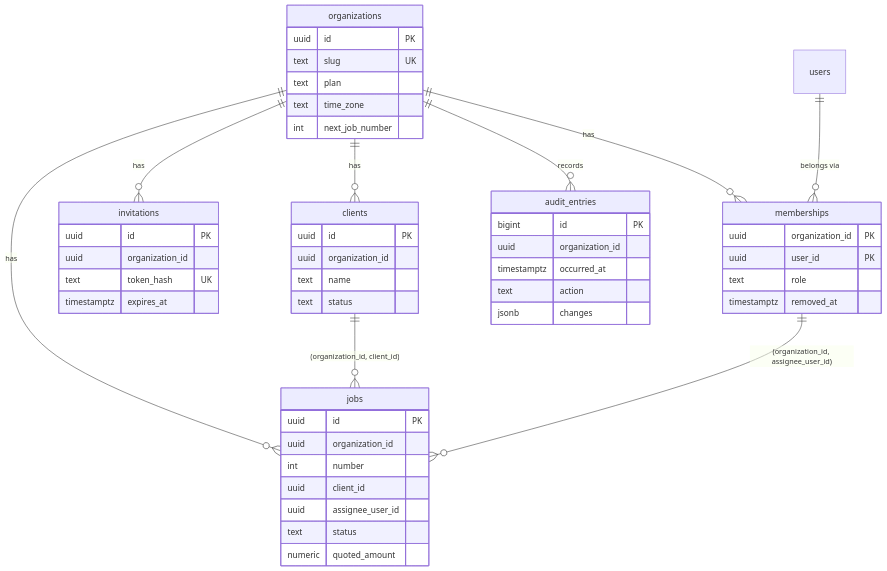
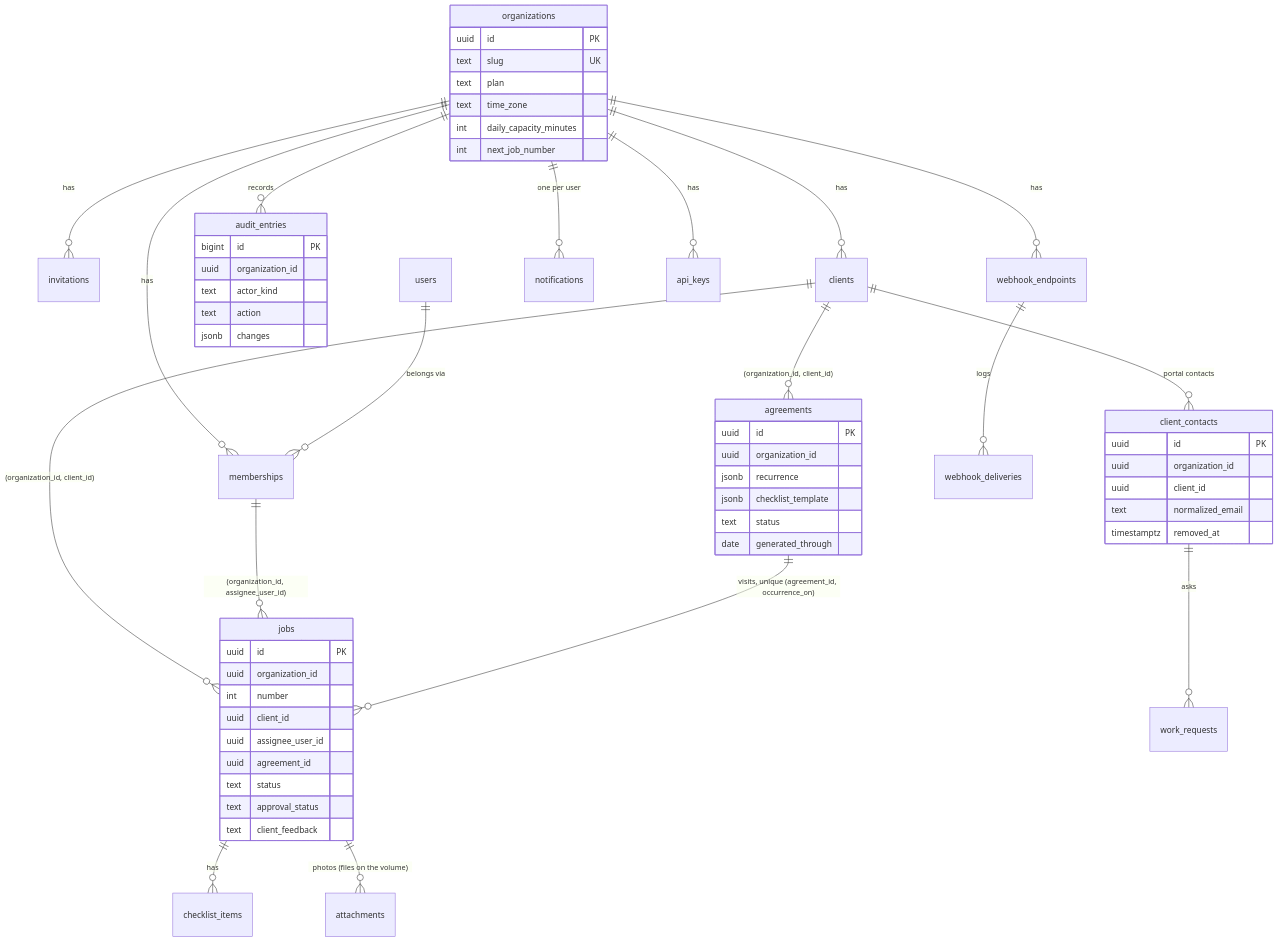
One commit to bojanpetkovski18/tenant-hub changed the fourth of 4 diagrams in docs/ARCHITECTURE.md. Above: the diagram before and after it, drawn with Mermaid. The commit also changed other lines of this file, not shown here.

Commit message:
Update the architecture document for v2 as built

````diff
--- a/docs/ARCHITECTURE.md
+++ b/docs/ARCHITECTURE.md
@@ -92,52 +109,61 @@
 ```mermaid
 erDiagram
   organizations ||--o{ memberships : has
   organizations ||--o{ invitations : has
   organizations ||--o{ clients : has
-  organizations ||--o{ jobs : has
   organizations ||--o{ audit_entries : records
   users ||--o{ memberships : "belongs via"
   clients ||--o{ jobs : "(organization_id, client_id)"
   memberships ||--o{ jobs : "(organization_id, assignee_user_id)"
+  clients ||--o{ agreements : "(organization_id, client_id)"
+  agreements ||--o{ jobs : "visits, unique (agreement_id, occurrence_on)"
+  clients ||--o{ client_contacts : "portal contacts"
+  client_contacts ||--o{ work_requests : asks
+  jobs ||--o{ checklist_items : has
+  jobs ||--o{ attachments : "photos (files on the volume)"
+  organizations ||--o{ notifications : "one per user"
+  organizations ||--o{ api_keys : has
+  organizations ||--o{ webhook_endpoints : has
+  webhook_endpoints ||--o{ webhook_deliveries : logs
   organizations {
     uuid id PK
     text slug UK
     text plan
     text time_zone
+    int daily_capacity_minutes
     int next_job_number
-  }
-  memberships {
-    uuid organization_id PK
-    uuid user_id PK
-    text role
-    timestamptz removed_at
-  }
-  clients {
-    uuid id PK
-    uuid organization_id
-    text name
-    text status
   }
   jobs {
     uuid id PK
     uuid organization_id
     int number
     uuid client_id
     uuid assignee_user_id
+    uuid agreement_id
     text status
-    numeric quoted_amount
+    text approval_status
+    text client_feedback
   }
-  invitations {
+  agreements {
     uuid id PK
     uuid organization_id
-    text token_hash UK
-    timestamptz expires_at
+    jsonb recurrence
+    jsonb checklist_template
+    text status
+    date generated_through
+  }
+  client_contacts {
+    uuid id PK
+    uuid organization_id
+    uuid client_id
+    text normalized_email
+    timestamptz removed_at
   }
   audit_entries {
     bigint id PK
     uuid organization_id
-    timestamptz occurred_at
+    text actor_kind
     text action
     jsonb changes
   }
 ```
````
